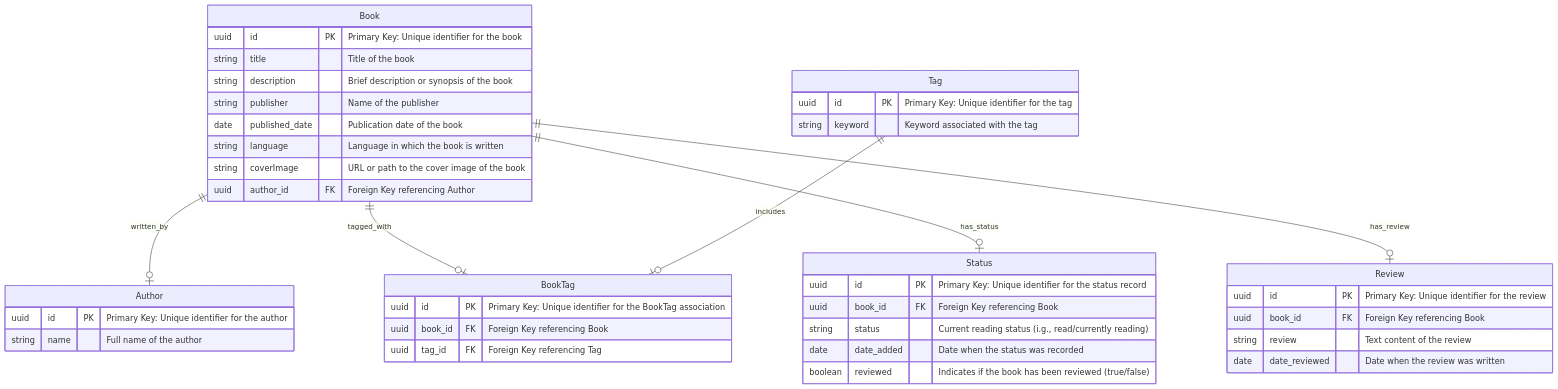
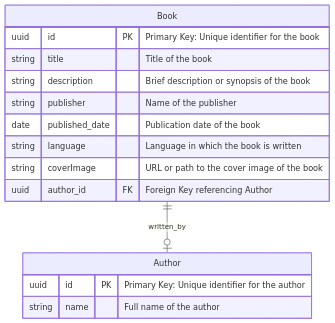
Before and after one commit to yurikdotdev/bookshelf-api: the diagram in docs/README.md, drawn with Mermaid. The commit also changed other lines of this file and 14 other files, not shown here.

````diff
--- a/docs/README.md
+++ b/docs/README.md
@@ -83,51 +53,21 @@
 ```mermaid
 erDiagram
     Book {
         uuid id PK "Primary Key: Unique identifier for the book"
         string title "Title of the book"
         string description "Brief description or synopsis of the book"
         string publisher "Name of the publisher"
         date published_date "Publication date of the book"
         string language "Language in which the book is written"
         string coverImage "URL or path to the cover image of the book"
         uuid author_id FK "Foreign Key referencing Author"
     }
 
     Author {
         uuid id PK "Primary Key: Unique identifier for the author"
         string name "Full name of the author"
     }
 
-    Tag {
-        uuid id PK "Primary Key: Unique identifier for the tag"
-        string keyword "Keyword associated with the tag"
-    }
-
-    BookTag {
-        uuid id PK "Primary Key: Unique identifier for the BookTag association"
-        uuid book_id FK "Foreign Key referencing Book"
-        uuid tag_id FK "Foreign Key referencing Tag"
-    }
-
-    Status {
-        uuid id PK "Primary Key: Unique identifier for the status record"
-        uuid book_id FK "Foreign Key referencing Book"
-        string status "Current reading status (i.g., read/currently reading)"
-        date date_added "Date when the status was recorded"
-        boolean reviewed "Indicates if the book has been reviewed (true/false)"
-    }
-
-    Review {
-        uuid id PK "Primary Key: Unique identifier for the review"
-        uuid book_id FK "Foreign Key referencing Book"
-        string review "Text content of the review"
-        date date_reviewed "Date when the review was written"
-    }
-
     %% Relationships
     Book ||--o| Author : written_by
-    Book ||--o| BookTag : tagged_with
-    Book ||--o| Status : has_status
-    Book ||--o| Review : has_review
-    Tag ||--o| BookTag : includes
 ```
````
